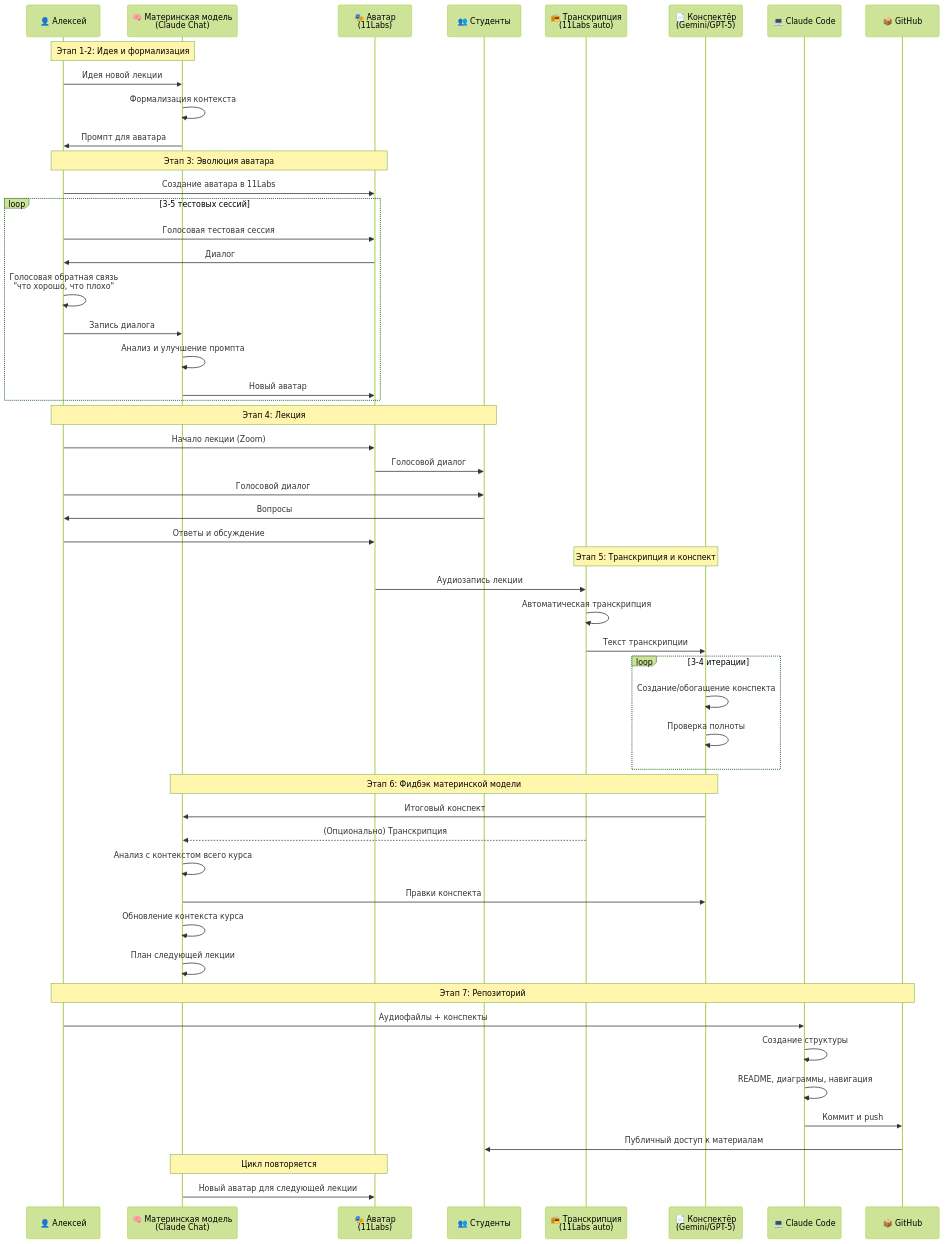
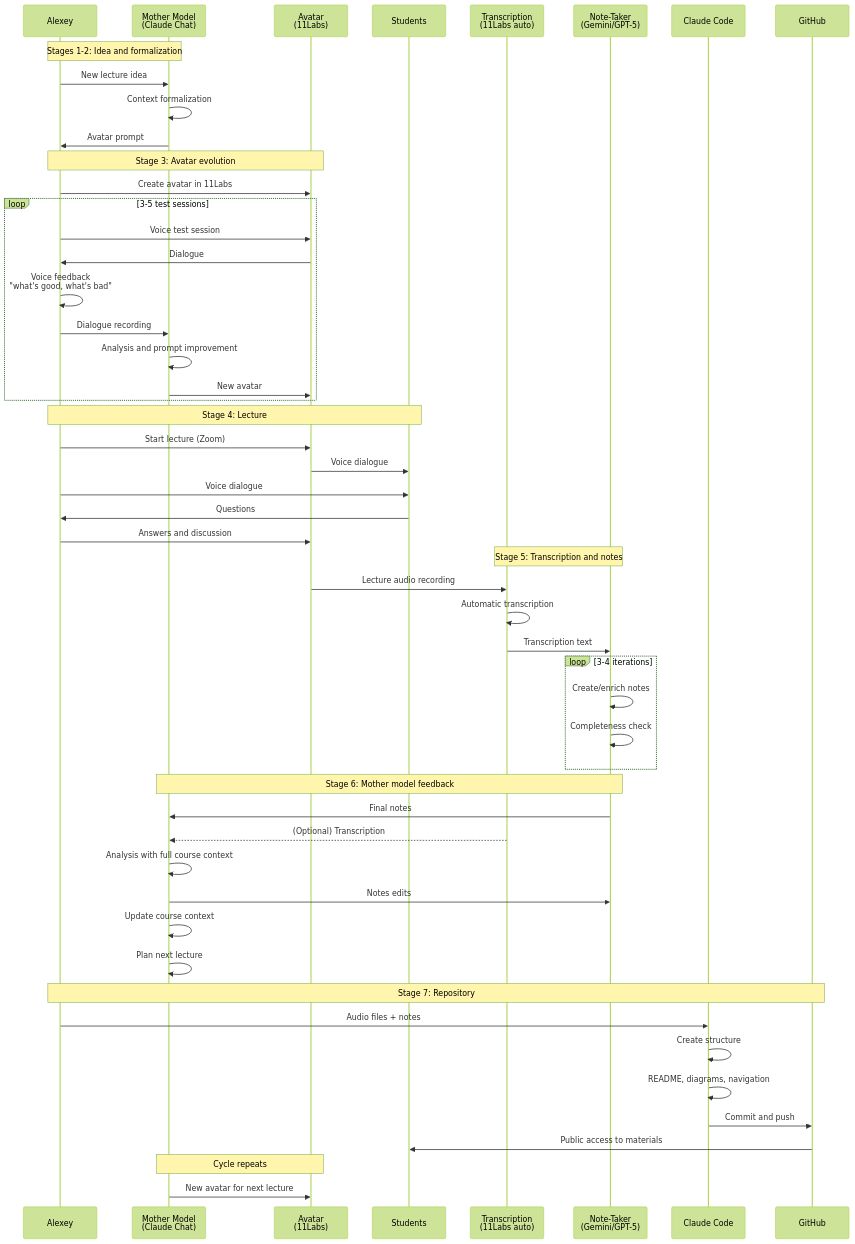
Before and after one commit to ad3002/masters-course-2025-vibe-coding: the third of 3 diagrams in materials/behind-the-scenes.md, drawn with Mermaid (forest theme). The commit also changed other lines of this file, not shown here.

````diff
--- a/materials/behind-the-scenes.md
+++ b/materials/behind-the-scenes.md
@@ -338,61 +338,61 @@
 ```mermaid
 sequenceDiagram
-    participant A as 👤 Алексей
-    participant MM as 🧠 Материнская модель<br/>(Claude Chat)
-    participant AV as 🎭 Аватар<br/>(11Labs)
-    participant ST as 👥 Студенты
-    participant TR as 📻 Транскрипция<br/>(11Labs auto)
-    participant CN as 📄 Конспектёр<br/>(Gemini/GPT-5)
-    participant CC as 💻 Claude Code
-    participant GH as 📦 GitHub
+    participant A as Alexey
+    participant MM as Mother Model<br/>(Claude Chat)
+    participant AV as Avatar<br/>(11Labs)
+    participant ST as Students
+    participant TR as Transcription<br/>(11Labs auto)
+    participant CN as Note-Taker<br/>(Gemini/GPT-5)
+    participant CC as Claude Code
+    participant GH as GitHub
 
-    Note over A,MM: Этап 1-2: Идея и формализация
-    A->>MM: Идея новой лекции
-    MM->>MM: Формализация контекста
-    MM->>A: Промпт для аватара
+    Note over A,MM: Stages 1-2: Idea and formalization
+    A->>MM: New lecture idea
+    MM->>MM: Context formalization
+    MM->>A: Avatar prompt
 
-    Note over A,AV: Этап 3: Эволюция аватара
-    A->>AV: Создание аватара в 11Labs
-    loop 3-5 тестовых сессий
-        A->>AV: Голосовая тестовая сессия
-        AV->>A: Диалог
-        A->>A: Голосовая обратная связь<br/>"что хорошо, что плохо"
-        A->>MM: Запись диалога
-        MM->>MM: Анализ и улучшение промпта
-        MM->>AV: Новый аватар
+    Note over A,AV: Stage 3: Avatar evolution
+    A->>AV: Create avatar in 11Labs
+    loop 3-5 test sessions
+        A->>AV: Voice test session
+        AV->>A: Dialogue
+        A->>A: Voice feedback<br/>"what's good, what's bad"
+        A->>MM: Dialogue recording
+        MM->>MM: Analysis and prompt improvement
+        MM->>AV: New avatar
     end
 
-    Note over A,ST: Этап 4: Лекция
-    A->>AV: Начало лекции (Zoom)
-    AV->>ST: Голосовой диалог
-    A->>ST: Голосовой диалог
-    ST->>A: Вопросы
-    A->>AV: Ответы и обсуждение
+    Note over A,ST: Stage 4: Lecture
+    A->>AV: Start lecture (Zoom)
+    AV->>ST: Voice dialogue
+    A->>ST: Voice dialogue
+    ST->>A: Questions
+    A->>AV: Answers and discussion
 
-    Note over TR,CN: Этап 5: Транскрипция и конспект
-    AV->>TR: Аудиозапись лекции
-    TR->>TR: Автоматическая транскрипция
-    TR->>CN: Текст транскрипции
-    loop 3-4 итерации
-        CN->>CN: Создание/обогащение конспекта
-        CN->>CN: Проверка полноты
+    Note over TR,CN: Stage 5: Transcription and notes
+    AV->>TR: Lecture audio recording
+    TR->>TR: Automatic transcription
+    TR->>CN: Transcription text
+    loop 3-4 iterations
+        CN->>CN: Create/enrich notes
+        CN->>CN: Completeness check
     end
 
-    Note over MM,CN: Этап 6: Фидбэк материнской модели
-    CN->>MM: Итоговый конспект
-    TR-->>MM: (Опционально) Транскрипция
-    MM->>MM: Анализ с контекстом всего курса
-    MM->>CN: Правки конспекта
-    MM->>MM: Обновление контекста курса
-    MM->>MM: План следующей лекции
+    Note over MM,CN: Stage 6: Mother model feedback
+    CN->>MM: Final notes
+    TR-->>MM: (Optional) Transcription
+    MM->>MM: Analysis with full course context
+    MM->>CN: Notes edits
+    MM->>MM: Update course context
+    MM->>MM: Plan next lecture
 
-    Note over A,GH: Этап 7: Репозиторий
-    A->>CC: Аудиофайлы + конспекты
-    CC->>CC: Создание структуры
-    CC->>CC: README, диаграммы, навигация
-    CC->>GH: Коммит и push
-    GH->>ST: Публичный доступ к материалам
+    Note over A,GH: Stage 7: Repository
+    A->>CC: Audio files + notes
+    CC->>CC: Create structure
+    CC->>CC: README, diagrams, navigation
+    CC->>GH: Commit and push
+    GH->>ST: Public access to materials
 
-    Note over MM,AV: Цикл повторяется
-    MM->>AV: Новый аватар для следующей лекции
+    Note over MM,AV: Cycle repeats
+    MM->>AV: New avatar for next lecture
 ```
````
